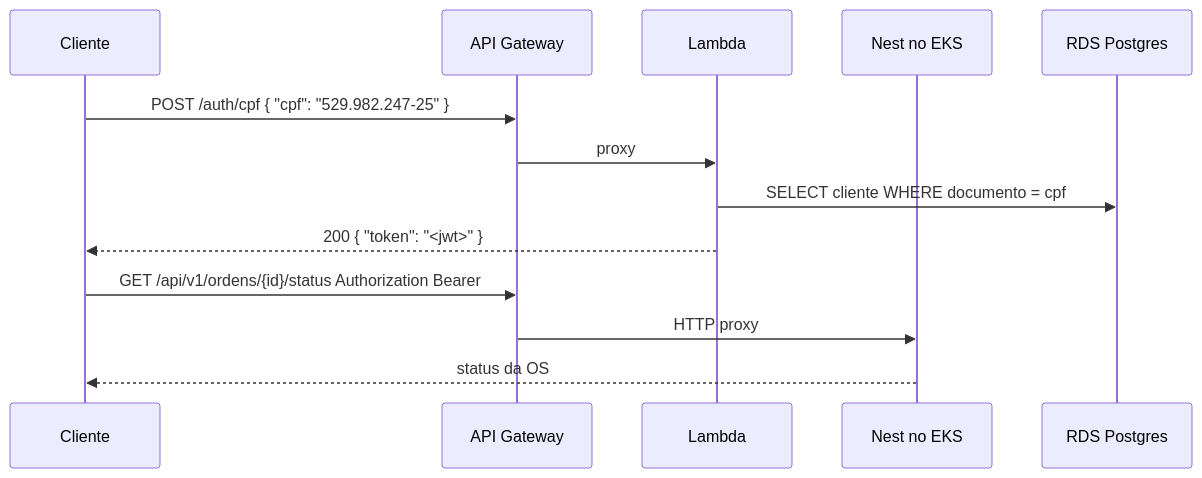
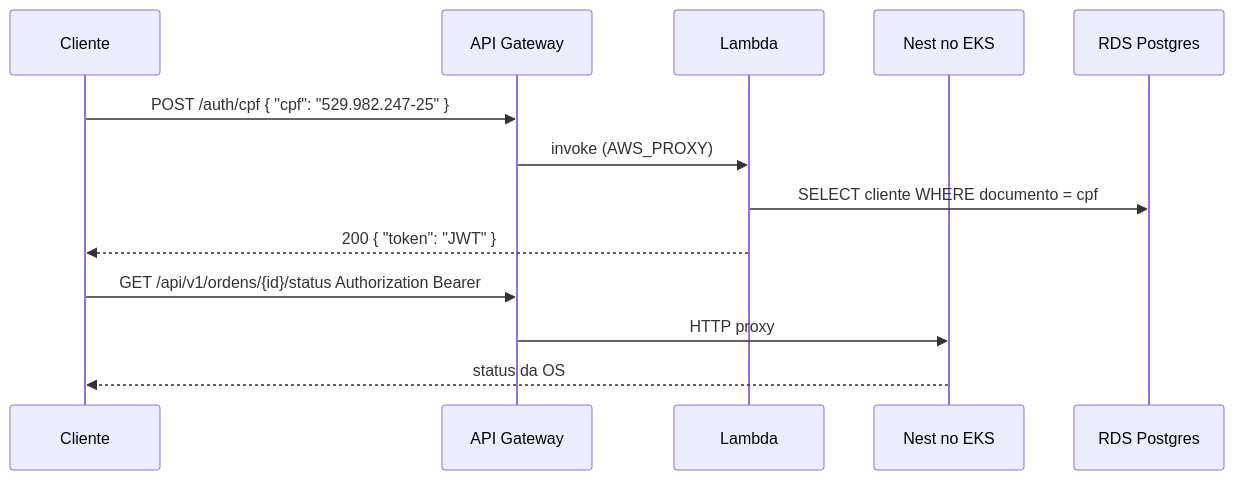
Before and after one commit to 32SOAT/oficina-mecanica-lambda-auth: the second of 2 diagrams in README.md, drawn with Mermaid. The commit also changed other lines of this file, not shown here.

First line of the commit message:
docs: diagrama da arquitetura do repositório no README

````diff
--- a/README.md
+++ b/README.md
@@ -20,17 +43,17 @@
 ```mermaid
 sequenceDiagram
   participant C as Cliente
   participant GW as API Gateway
   participant L as Lambda
   participant Nest as Nest no EKS
   participant DB as RDS Postgres
 
   C->>GW: POST /auth/cpf { "cpf": "529.982.247-25" }
-  GW->>L: proxy
+  GW->>L: invoke (AWS_PROXY)
   L->>DB: SELECT cliente WHERE documento = cpf
-  L-->>C: 200 { "token": "<jwt>" }
+  L-->>C: 200 { "token": "JWT" }
 
   C->>GW: GET /api/v1/ordens/{id}/status Authorization Bearer
   GW->>Nest: HTTP proxy
   Nest-->>C: status da OS
 ```
````
